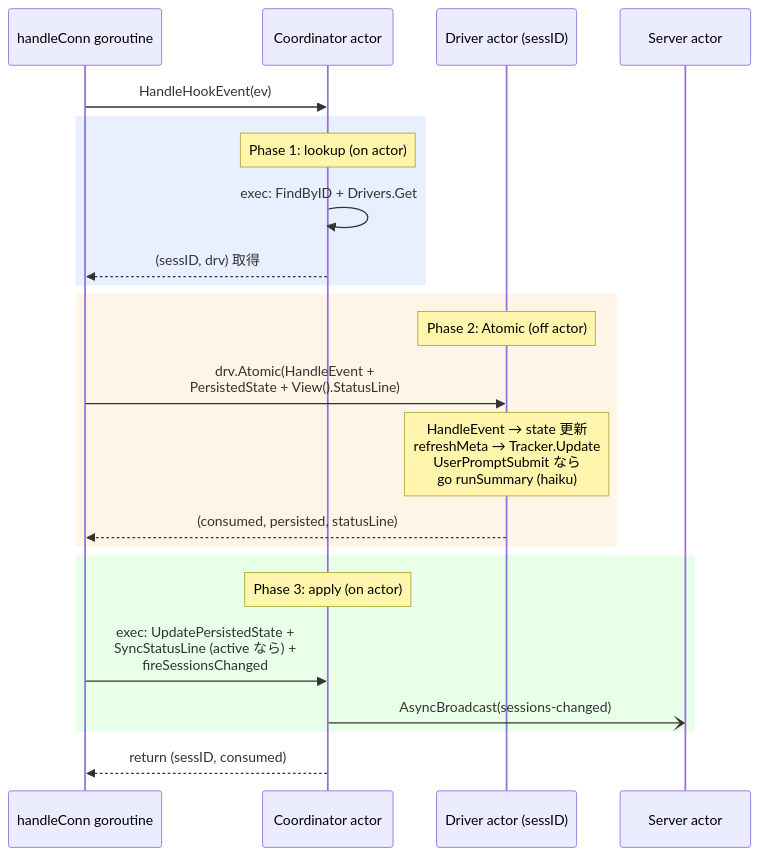
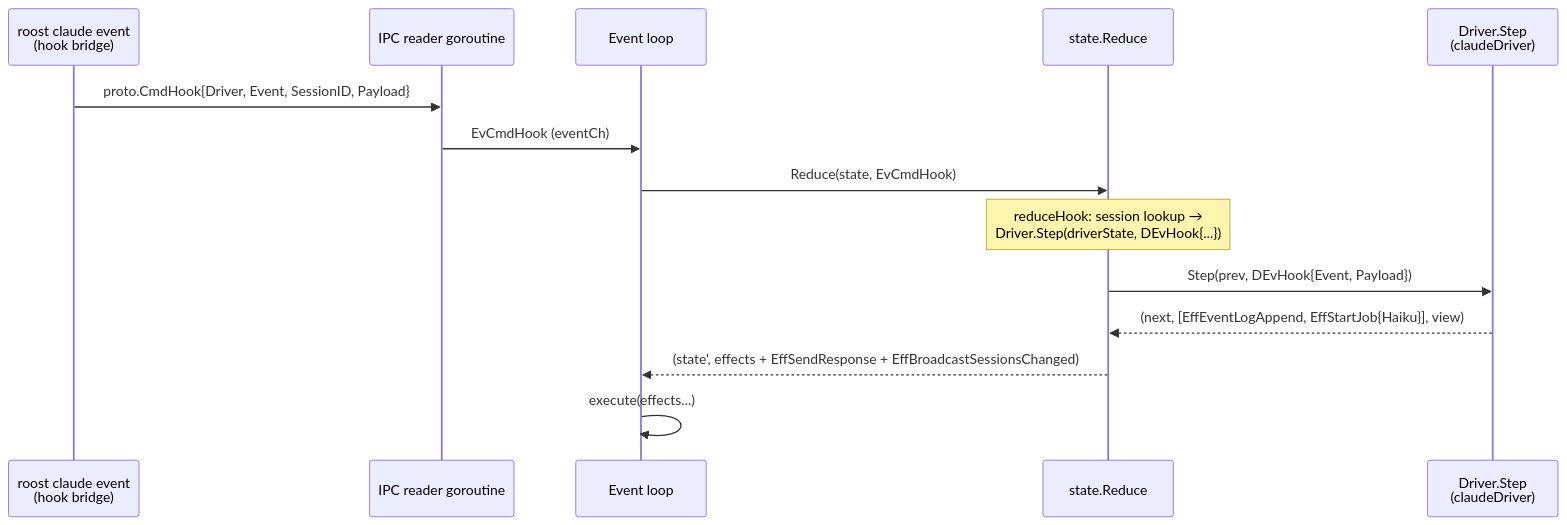
The seventh of 12 diagrams in ARCHITECTURE.md (takezoh/agent-roost), drawn with Mermaid before and after one commit. The commit also changed other lines of this file, not shown here.

First line of the commit message:
Rewrite ARCHITECTURE.md for FCIS architecture

````diff
--- a/ARCHITECTURE.md
+++ b/ARCHITECTURE.md
@@ -564,30 +559,17 @@
 ```mermaid
 sequenceDiagram
-    participant HC as handleConn goroutine
-    participant Co as Coordinator actor
-    participant D as Driver actor (sessID)
-    participant Sv as Server actor
+    participant Bridge as roost claude event<br/>(hook bridge)
+    participant Reader as IPC reader goroutine
+    participant EL as Event loop
+    participant Red as state.Reduce
+    participant Drv as Driver.Step<br/>(claudeDriver)
 
-    HC->>Co: HandleHookEvent(ev)
-
-    rect rgb(232, 240, 255)
-    Note over Co: Phase 1: lookup (on actor)
-    Co->>Co: exec: FindByID + Drivers.Get
-    Co-->>HC: (sessID, drv) 取得
-    end
-
-    rect rgb(255, 245, 230)
-    Note over D: Phase 2: Atomic (off actor)
-    HC->>D: drv.Atomic(HandleEvent +<br/>PersistedState + View().StatusLine)
-    Note over D: HandleEvent → state 更新<br/>refreshMeta → Tracker.Update<br/>UserPromptSubmit なら<br/>go runSummary (haiku)
-    D-->>HC: (consumed, persisted, statusLine)
-    end
-
-    rect rgb(232, 255, 232)
-    Note over Co: Phase 3: apply (on actor)
-    HC->>Co: exec: UpdatePersistedState +<br/>SyncStatusLine (active なら) +<br/>fireSessionsChanged
-    Co-)Sv: AsyncBroadcast(sessions-changed)
-    end
-
-    Co-->>HC: return (sessID, consumed)
+    Bridge->>Reader: proto.CmdHook{Driver, Event, SessionID, Payload}
+    Reader->>EL: EvCmdHook (eventCh)
+    EL->>Red: Reduce(state, EvCmdHook)
+    Note over Red: reduceHook: session lookup →<br/>Driver.Step(driverState, DEvHook{...})
+    Red->>Drv: Step(prev, DEvHook{Event, Payload})
+    Drv-->>Red: (next, [EffEventLogAppend, EffStartJob{Haiku}], view)
+    Red-->>EL: (state', effects + EffSendResponse + EffBroadcastSessionsChanged)
+    EL->>EL: execute(effects...)
 ```
````
